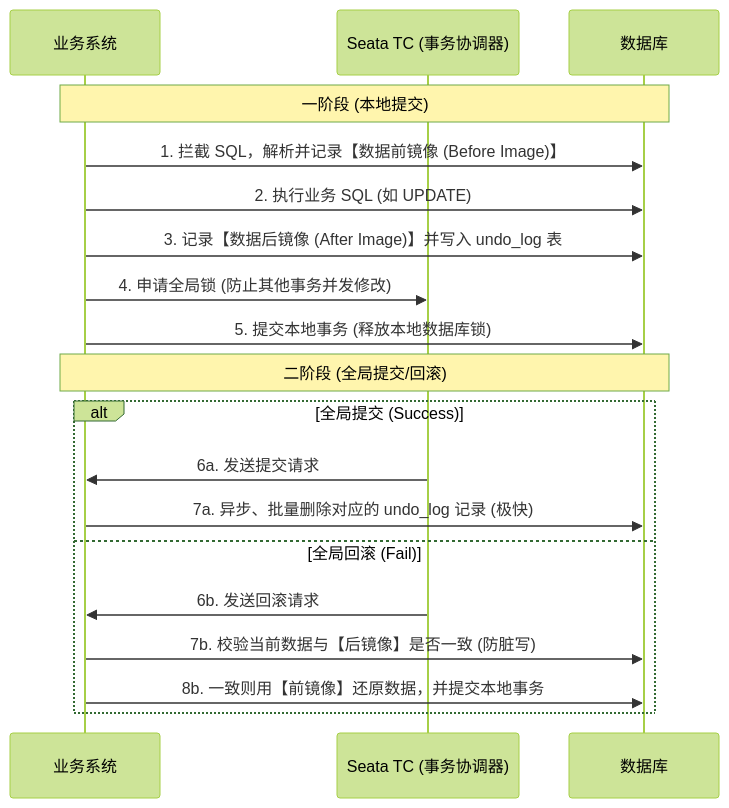
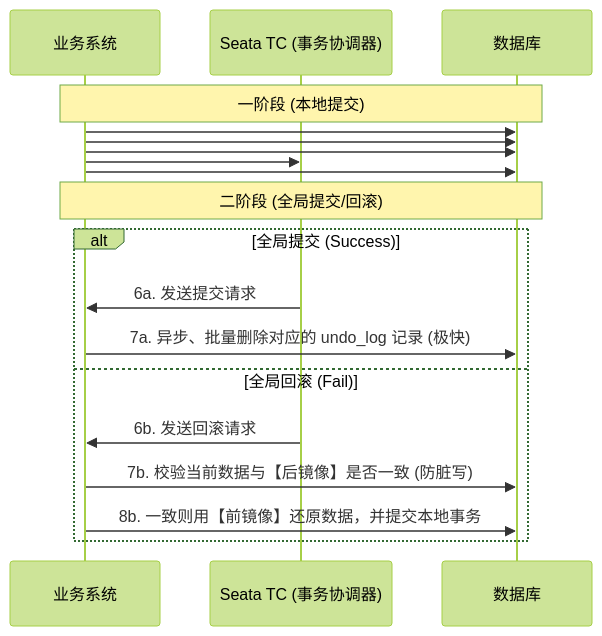
Before and after one commit to Aiden-Coding/AiDocs: the second of 2 diagrams in 06-Distributed-System/Distributed-Transactions.md, drawn with Mermaid (forest theme). The commit also changed other lines of this file and 18 other files, not shown here.

````diff
--- a/06-Distributed-System/Distributed-Transactions.md
+++ b/06-Distributed-System/Distributed-Transactions.md
@@ -89,23 +104,28 @@
 ```mermaid
 sequenceDiagram
     participant Client as 业务系统
     participant TC as Seata TC (事务协调器)
     participant DB as 数据库
 
     Note over Client,DB: 一阶段 (本地提交)
-    Client->>DB: 1. 拦截 SQL，解析并记录【数据前镜像 (Before Image)】
-    Client->>DB: 2. 执行业务 SQL (如 UPDATE)
-    Client->>DB: 3. 记录【数据后镜像 (After Image)】并写入 undo_log 表
-    Client->>TC: 4. 申请全局锁 (防止其他事务并发修改)
-    Client->>DB: 5. 提交本地事务 (释放本地数据库锁)
-    
+    Client->>DB:
+
+   Client->>DB:
+
+   Client->>DB:
+
+   Client->>TC:
+
+   Client->>DB:
+
+
     Note over Client,DB: 二阶段 (全局提交/回滚)
     alt 全局提交 (Success)
         TC->>Client: 6a. 发送提交请求
         Client->>DB: 7a. 异步、批量删除对应的 undo_log 记录 (极快)
     else 全局回滚 (Fail)
         TC->>Client: 6b. 发送回滚请求
         Client->>DB: 7b. 校验当前数据与【后镜像】是否一致 (防脏写)
         Client->>DB: 8b. 一致则用【前镜像】还原数据，并提交本地事务
     end
 ```
````
